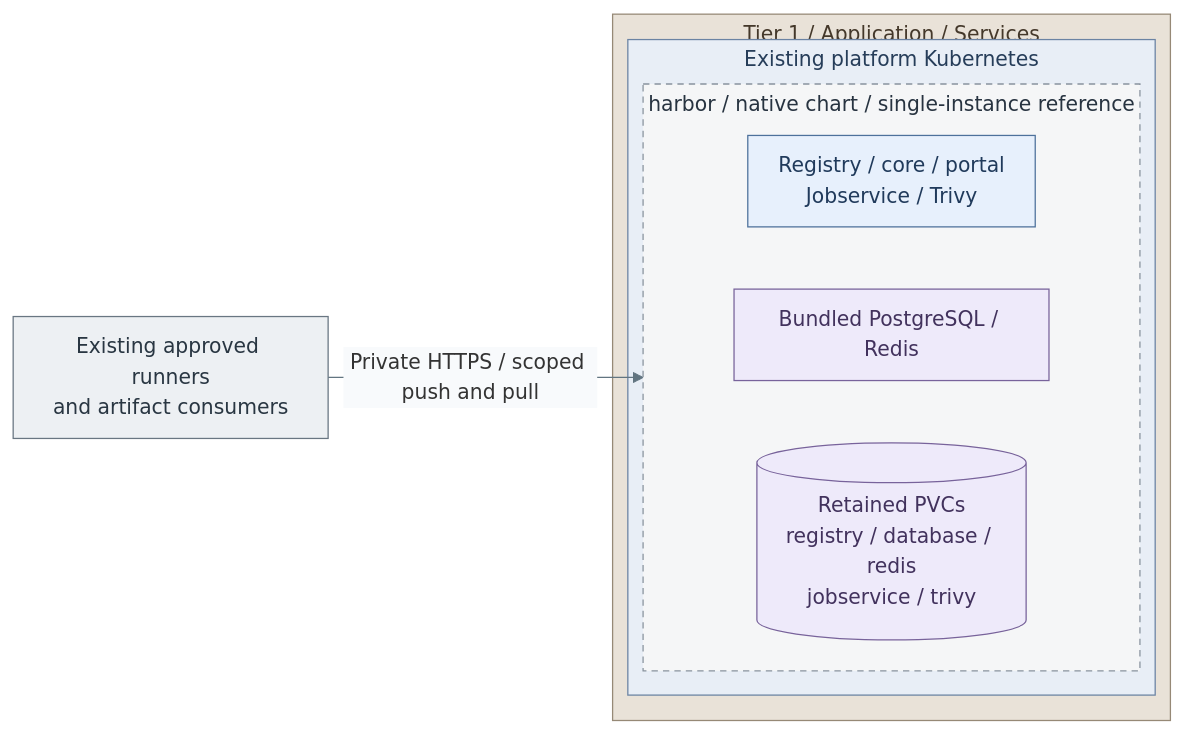
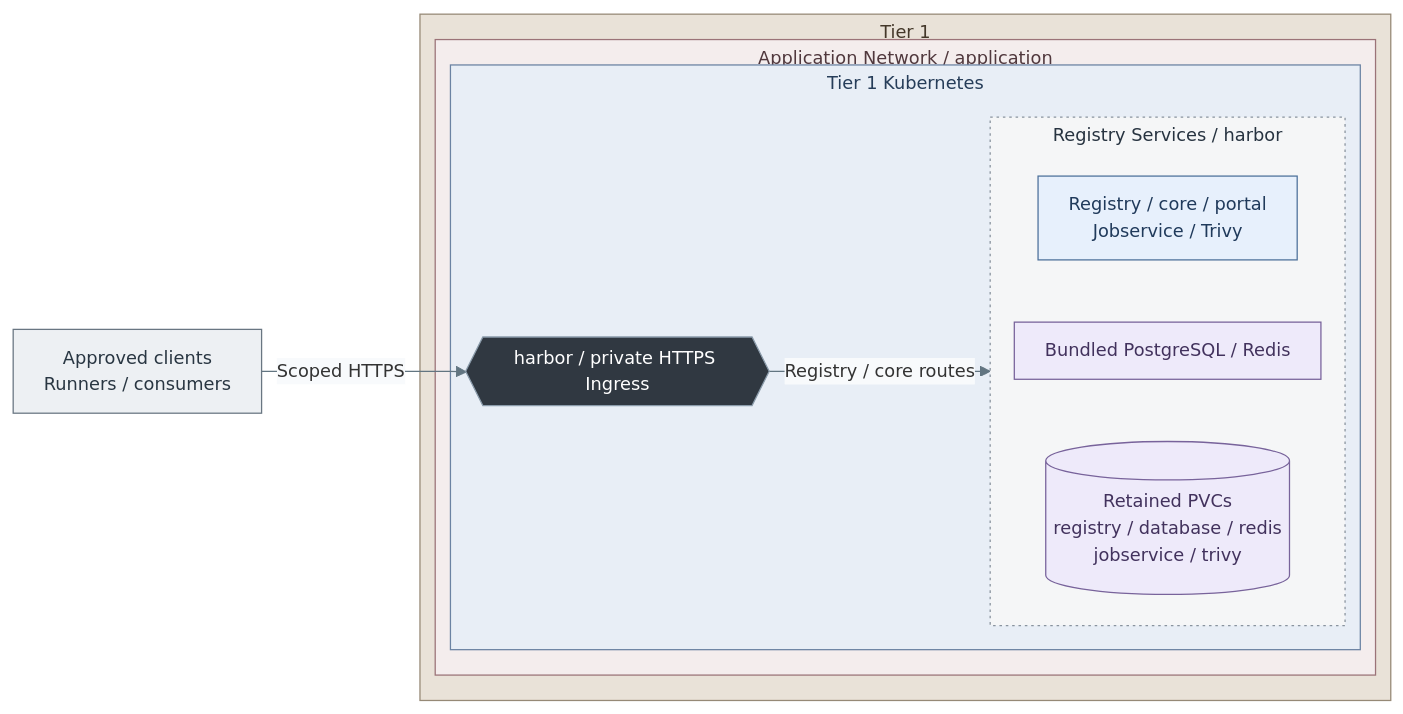
One commit to Rexus/homelab changed the diagram in docs/03-deployment/stage-7-delivery/procedures/registry.md. Above: the diagram before and after it, drawn with Mermaid. The commit also changed 124 other files, not shown here.

First line of the commit message:
fix(platform): align service diagrams and directory failover

````diff
--- a/docs/03-deployment/stage-7-delivery/procedures/registry.md
+++ b/docs/03-deployment/stage-7-delivery/procedures/registry.md
@@ -14,32 +14,41 @@
 ```mermaid
-%%{init: {"theme":"base","flowchart":{"nodeSpacing":18,"rankSpacing":24,"padding":12,"subGraphTitleMargin":{"top":4,"bottom":12}},"themeVariables":{"lineColor":"#627581","edgeLabelBackground":"#f8fafc"}}}%%
+%%{init: {"theme":"base","flowchart":{"nodeSpacing":18,"rankSpacing":24,"padding":12,"subGraphTitleMargin":{"top":4,"bottom":18}},"themeVariables":{"lineColor":"#627581","edgeLabelBackground":"#f8fafc","fontFamily":"Arial, sans-serif","fontSize":"14px"},"fontFamily":"Arial, sans-serif"}}%%
 flowchart LR
-  Clients["Existing approved runners<br/>and artifact consumers"]
-  subgraph T1["Tier 1 / Application / Services"]
-    subgraph Cluster["Existing platform Kubernetes"]
-      subgraph Release["harbor / native chart / single-instance reference"]
-        direction TB
-        Services["Registry / core / portal<br/>Jobservice / Trivy"]
-        Database["Bundled PostgreSQL / Redis"]
-        Volumes[("Retained PVCs<br/>registry / database / redis<br/>jobservice / trivy")]
-        Services ~~~ Database
-        Database ~~~ Volumes
+  Clients["Approved clients<br/>Runners / consumers"]
+  subgraph T1["Tier 1"]
+    subgraph ApplicationNetwork["Application Network / application"]
+      subgraph Cluster["Tier 1 Kubernetes"]
+        Ingress{{"harbor / private HTTPS Ingress"}}
+        subgraph Release["Registry Services / harbor"]
+          direction TB
+          Services["Registry / core / portal<br/>Jobservice / Trivy"]
+          Database["Bundled PostgreSQL / Redis"]
+          Volumes[("Retained PVCs<br/>registry / database / redis<br/>jobservice / trivy")]
+          Services ~~~ Database
+          Database ~~~ Volumes
+        end
       end
     end
   end
-  Clients -->|Private HTTPS / scoped push and pull| Release
+  Clients -->|Scoped HTTPS| Ingress
+  Ingress -->|Registry / core routes| Release
   classDef default fill:#f8fafc,stroke:#64748b,color:#1f2937
   classDef actor fill:#edf0f3,stroke:#697682,color:#293642
   classDef services fill:#e7f0fc,stroke:#4d719b,color:#203a5b
   classDef runtime fill:#d9eeec,stroke:#4d7b77,color:#173f3e
-  classDef replicas fill:#f5f6f7,stroke:#89939e,color:#273340,stroke-dasharray:5 4
+  classDef replicas fill:#f5f6f7,stroke:#89939e,color:#273340,stroke-dasharray:2 3
   classDef data fill:#eeeafa,stroke:#78639b,color:#42325d
   class Clients actor
   class Services services
   class Release replicas
   class Database,Volumes data
   classDef kubernetes fill:#e8eef6,stroke:#6b83a3,color:#263d59
   class Cluster kubernetes
   classDef tier1 fill:#e9e2d8,stroke:#968976,color:#44382a
   class T1 tier1
+  classDef zoneServices fill:#e1eaf6,stroke:#4d719b,color:#203a5b
+  classDef traffic fill:#303841,stroke:#8a9baa,color:#ffffff
+  class Ingress traffic
+  classDef network fill:#f4eded,stroke:#9b7378,color:#50383d
+  class ApplicationNetwork network
 ```
````
